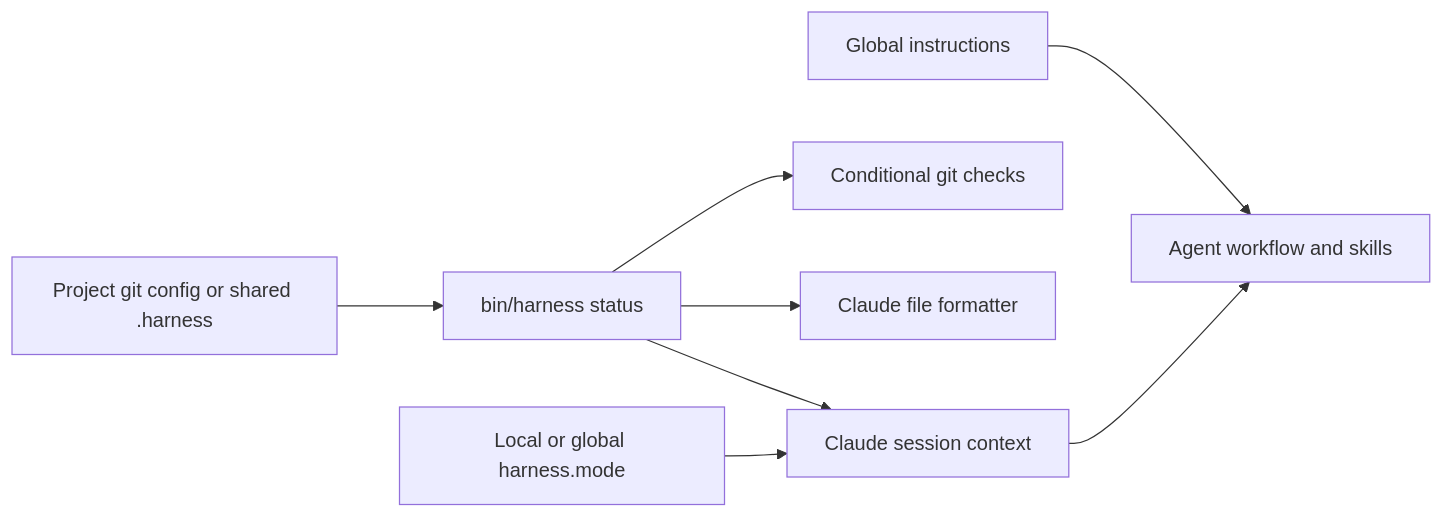
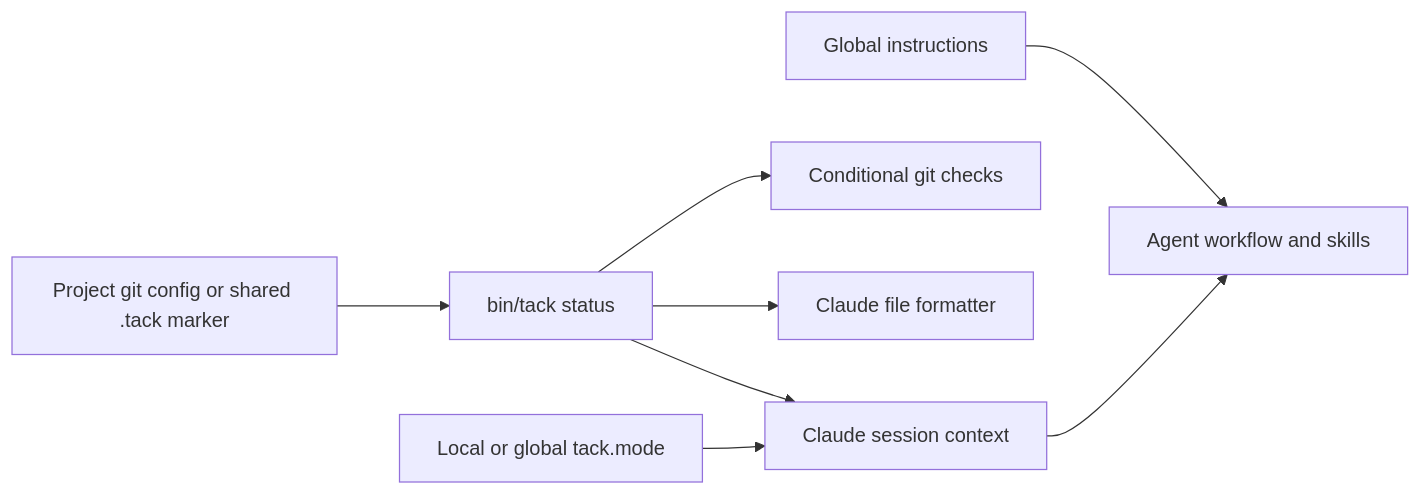
One commit to nbfrodri/agent-tack changed the second of 2 diagrams in docs/architecture.md. Above: the diagram before and after it, drawn with Mermaid. The commit also changed other lines of this file and 29 other files, not shown here.

````diff
--- a/docs/architecture.md
+++ b/docs/architecture.md
@@ -68,10 +68,10 @@
 ```mermaid
 flowchart LR
-  project[Project git config or shared .harness] --> status[bin/harness status]
+  project[Project git config or shared .tack marker] --> status[bin/tack status]
   status --> session[Claude session context]
-  mode[Local or global harness.mode] --> session
+  mode[Local or global tack.mode] --> session
   status --> gitpolicy[Conditional git checks]
   status --> formatter[Claude file formatter]
   preferences[Global instructions] --> workflow[Agent workflow and skills]
   session --> workflow
 ```
````
